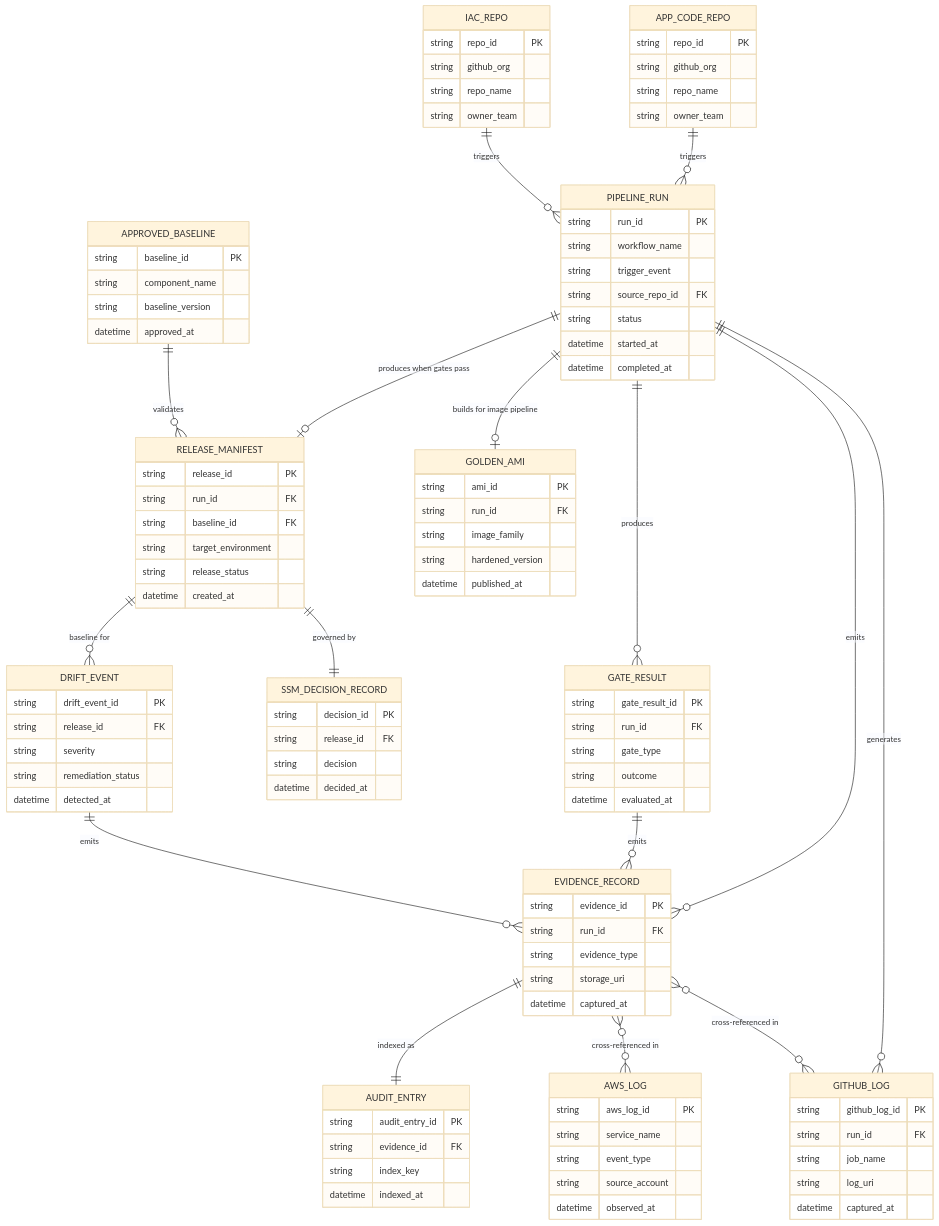
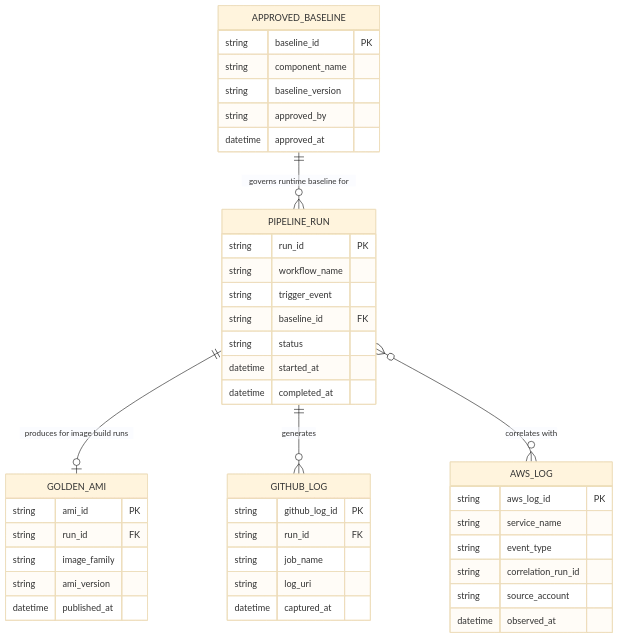
One commit to wingt903/CICD changed the diagram in architecture/data-architecture-erd.mmd. Above: the diagram before and after it, drawn with Mermaid (base theme). The commit also changed 1 other file, not shown here.

Commit message:
Narrow ERD to five core entities

```diff
--- a/architecture/data-architecture-erd.mmd
+++ b/architecture/data-architecture-erd.mmd
@@ -1,107 +1,45 @@
 erDiagram
 
-    APP_CODE_REPO ||--o{ PIPELINE_RUN : "triggers"
-    IAC_REPO ||--o{ PIPELINE_RUN : "triggers"
-    PIPELINE_RUN ||--o{ GATE_RESULT : "produces"
-    PIPELINE_RUN ||--o| RELEASE_MANIFEST : "produces when gates pass"
-    PIPELINE_RUN ||--o| GOLDEN_AMI : "builds for image pipeline"
+    APPROVED_BASELINE ||--o{ PIPELINE_RUN : "governs runtime baseline for"
+    PIPELINE_RUN ||--o| GOLDEN_AMI : "produces for image build runs"
     PIPELINE_RUN ||--o{ GITHUB_LOG : "generates"
-    PIPELINE_RUN ||--o{ EVIDENCE_RECORD : "emits"
-    APPROVED_BASELINE ||--o{ RELEASE_MANIFEST : "validates"
-    RELEASE_MANIFEST ||--|| SSM_DECISION_RECORD : "governed by"
-    RELEASE_MANIFEST ||--o{ DRIFT_EVENT : "baseline for"
-    GATE_RESULT ||--o{ EVIDENCE_RECORD : "emits"
-    DRIFT_EVENT ||--o{ EVIDENCE_RECORD : "emits"
-    EVIDENCE_RECORD ||--|| AUDIT_ENTRY : "indexed as"
-    EVIDENCE_RECORD }o--o{ AWS_LOG : "cross-referenced in"
-    EVIDENCE_RECORD }o--o{ GITHUB_LOG : "cross-referenced in"
+    PIPELINE_RUN }o--o{ AWS_LOG : "correlates with"
 
-    APP_CODE_REPO {
-        string repo_id PK
-        string github_org
-        string repo_name
-        string owner_team
-    }
-    IAC_REPO {
-        string repo_id PK
-        string github_org
-        string repo_name
-        string owner_team
+    APPROVED_BASELINE {
+        string baseline_id PK
+        string component_name
+        string baseline_version
+        string approved_by
+        datetime approved_at
     }
     PIPELINE_RUN {
         string run_id PK
         string workflow_name
         string trigger_event
-        string source_repo_id FK
+        string baseline_id FK
         string status
         datetime started_at
         datetime completed_at
-    }
-    GATE_RESULT {
-        string gate_result_id PK
-        string run_id FK
-        string gate_type
-        string outcome
-        datetime evaluated_at
-    }
-    APPROVED_BASELINE {
-        string baseline_id PK
-        string component_name
-        string baseline_version
-        datetime approved_at
     }
     GOLDEN_AMI {
         string ami_id PK
         string run_id FK
         string image_family
-        string hardened_version
+        string ami_version
         datetime published_at
-    }
-    RELEASE_MANIFEST {
-        string release_id PK
-        string run_id FK
-        string baseline_id FK
-        string target_environment
-        string release_status
-        datetime created_at
-    }
-    SSM_DECISION_RECORD {
-        string decision_id PK
-        string release_id FK
-        string decision
-        datetime decided_at
-    }
-    DRIFT_EVENT {
-        string drift_event_id PK
-        string release_id FK
-        string severity
-        string remediation_status
-        datetime detected_at
-    }
-    EVIDENCE_RECORD {
-        string evidence_id PK
-        string run_id FK
-        string evidence_type
-        string storage_uri
-        datetime captured_at
-    }
-    AUDIT_ENTRY {
-        string audit_entry_id PK
-        string evidence_id FK
-        string index_key
-        datetime indexed_at
     }
     GITHUB_LOG {
         string github_log_id PK
         string run_id FK
         string job_name
         string log_uri
         datetime captured_at
     }
     AWS_LOG {
         string aws_log_id PK
         string service_name
         string event_type
+        string correlation_run_id
         string source_account
         datetime observed_at
     }
```
